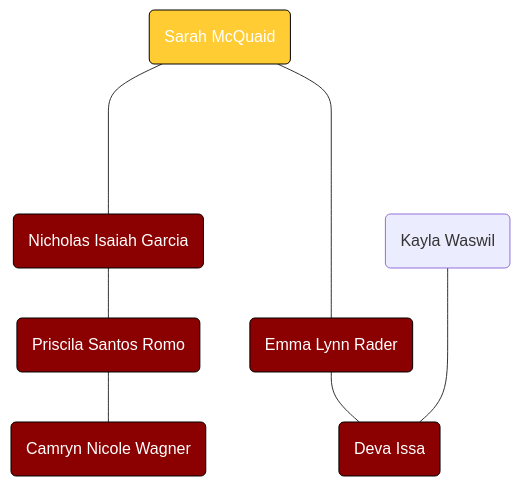
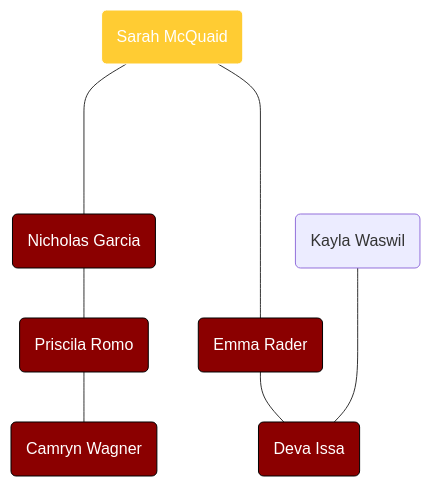
The diagram in Sarah McQuaid’s Line.md (gianlezotte/familytree), drawn with Mermaid before and after one commit. The commit also changed 19 other files, not shown here.

````diff
--- a/Sarah McQuaid’s Line.md
+++ b/Sarah McQuaid’s Line.md
@@ -1,25 +1,25 @@
 ```mermaid
 flowchart TD
 
 %% Colors %%
 
 classDef red fill:#8B0000,stroke:#000,color:#FFF
-classDef gold fill:#FFCC33,stroke:#000,color:#FFF
+classDef gold fill:#FFCC33,stroke:#FFF,color:#FFF
 
 %% Sarah McQuaid's Line %%
 M209("Sarah McQuaid"):::gold
 M209-----M258
 M209------M288
-M258("Nicholas Isaiah Garcia"):::red
+M258("Nicholas Garcia"):::red
 M258---M285
-M285("Priscila Santos Romo"):::red
+M285("Priscila Romo"):::red
 M285---M306
-M288("Emma Lynn Rader"):::red
+M288("Emma Rader"):::red
 M288---M305
 M305("Deva Issa"):::red
-M306("Camryn Nicole Wagner"):::red
+M306("Camryn Wagner"):::red
 
 %% Co-Relationships & Current Pledges %%
 M261("Kayla Waswil")
 M261----M305
 ```
````
